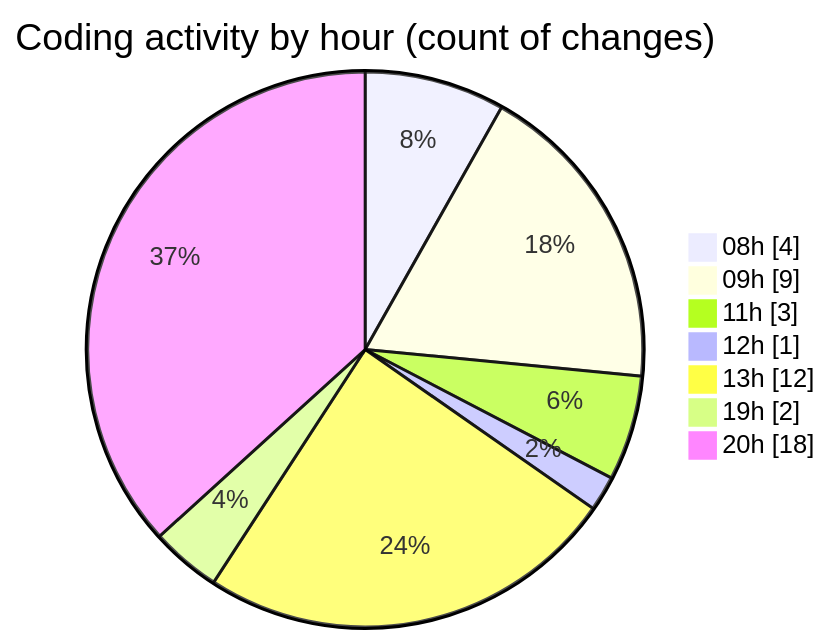
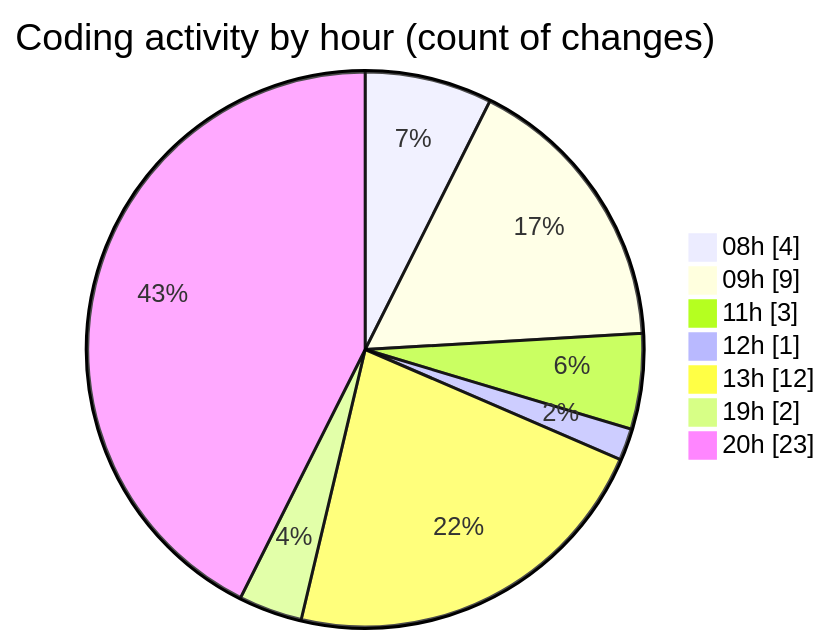
Before and after one commit to momahboobian/code-tracking: the second of 2 diagrams in 2025-05-07/samplepdf/README.md, drawn with Mermaid. The commit also changed other lines of this file and 1 other file, not shown here.

````diff
--- a/2025-05-07/samplepdf/README.md
+++ b/2025-05-07/samplepdf/README.md
@@ -37,11 +37,11 @@
 ```mermaid
 pie showData
 title Coding activity by hour (count of changes)
 "08h" : 4
 "09h" : 9
 "11h" : 3
 "12h" : 1
 "13h" : 12
 "19h" : 2
-"20h" : 18
+"20h" : 23
 ```
````
